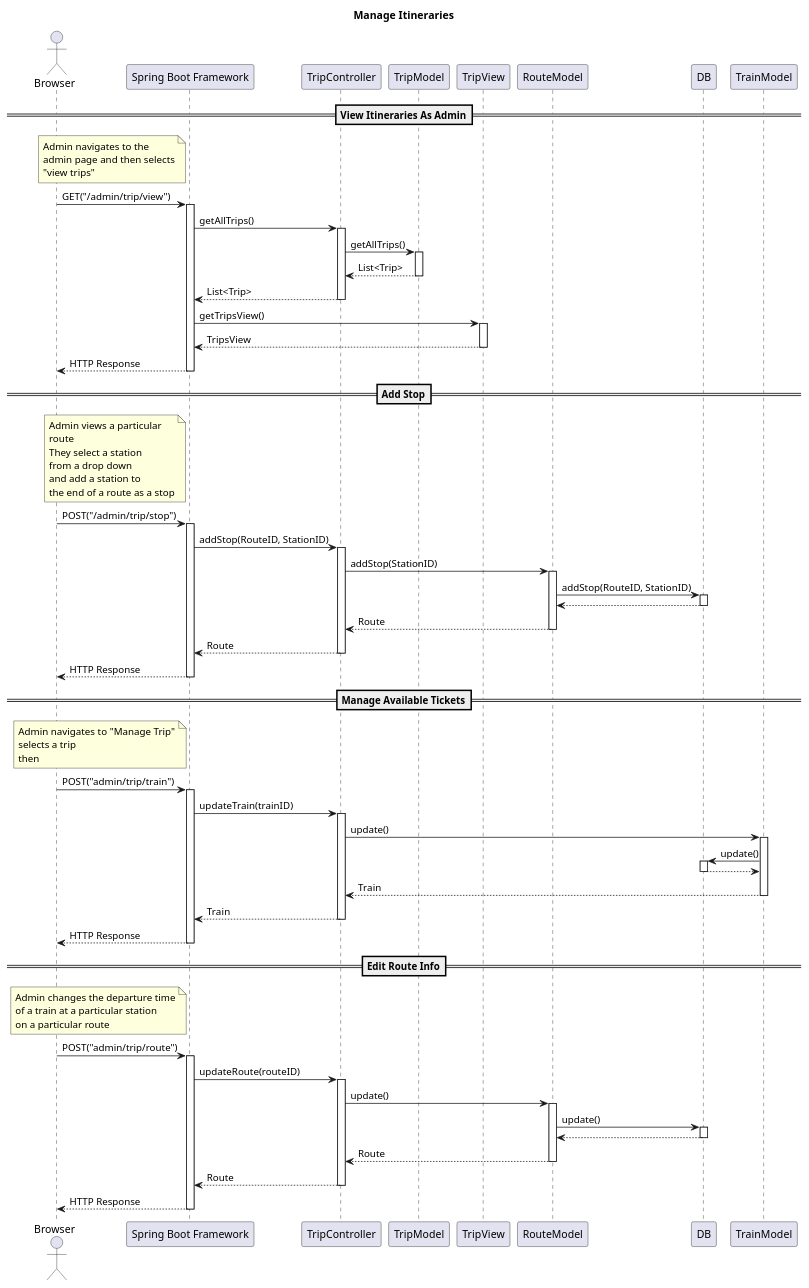
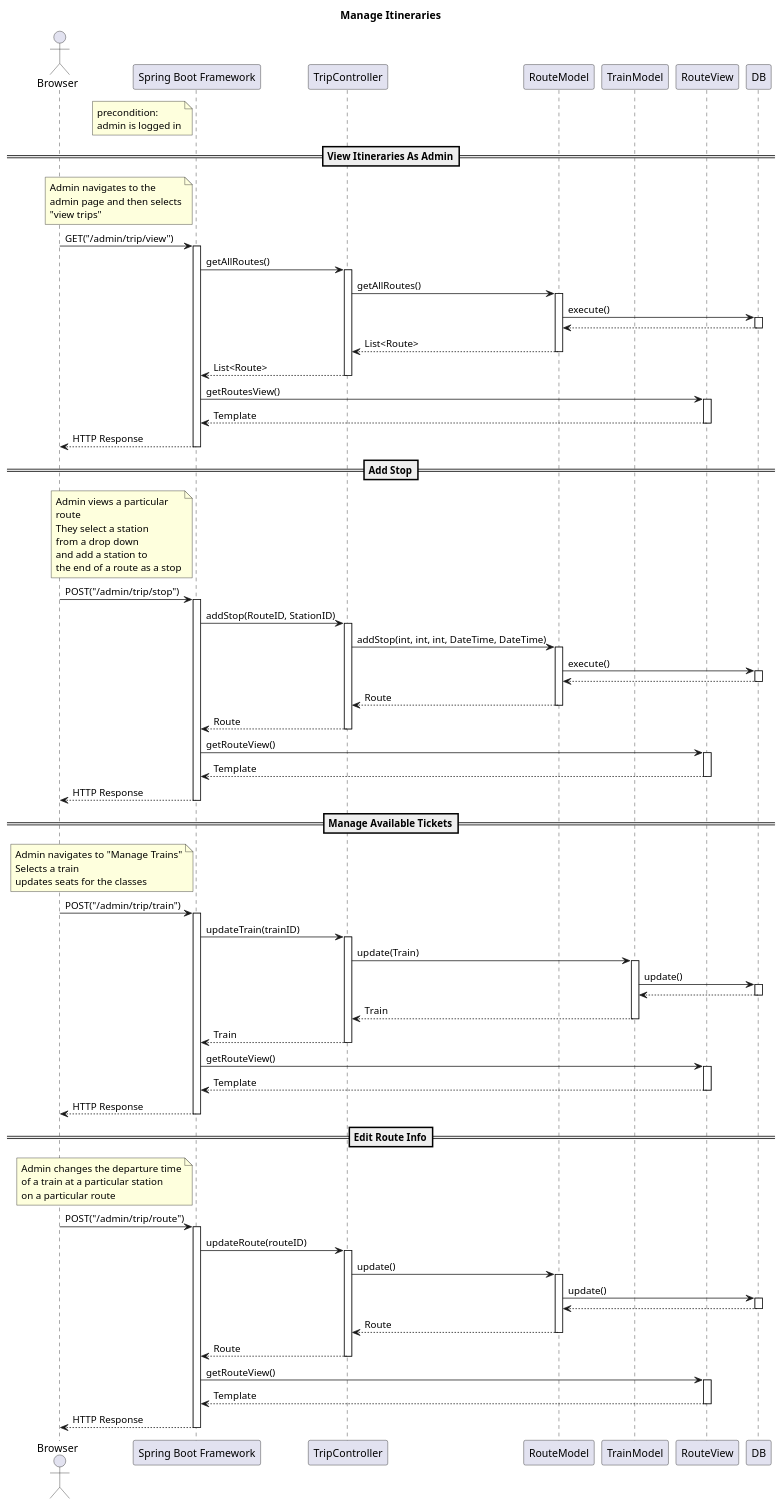
The diagram in doc/sequence/manage_itinerary.puml (Rockie156/se577-train-system), drawn with PlantUML before and after one commit. The commit also changed 1 other file, not shown here.

Commit message:
updates to manage itinerary

```diff
--- a/doc/sequence/manage_itinerary.puml
+++ b/doc/sequence/manage_itinerary.puml
@@ -1,76 +1,89 @@
 @startuml
 title Manage Itineraries
-
-' Move views and models together through order of declaration
 
 autoactivate on
 actor "Browser" as C
 participant "Spring Boot Framework" as SBF
+participant TripController
+participant RouteModel
+participant TrainModel
+participant RouteView as TripView
+participant DB
 
-' precondition: admin is logged in
+note left of SBF
+precondition:
+admin is logged in
+end note
 
 ==View Itineraries As Admin==
 note left of SBF
 Admin navigates to the
 admin page and then selects
 "view trips"
 end note
 ' Returns all trips in a view
 C -> SBF : GET("/admin/trip/view")
-SBF -> TripController : getAllTrips()
-TripController -> TripModel : getAllTrips()
-return List<Trip>
-return List<Trip>
-SBF -> TripView : getTripsView()
-return TripsView
+SBF -> TripController : getAllRoutes()
+TripController -> RouteModel : getAllRoutes()
+RouteModel -> DB: execute()
+return
+return List<Route>
+return List<Route>
+SBF -> TripView : getRoutesView()
+return Template
 return HTTP Response
 
 ==Add Stop==
 note left of SBF
 Admin views a particular
 route
 They select a station
 from a drop down
 and add a station to
 the end of a route as a stop
 end note
 C -> SBF : POST("/admin/trip/stop")
 SBF -> TripController : addStop(RouteID, StationID)
-TripController -> RouteModel : addStop(StationID)
-RouteModel -> DB : addStop(RouteID, StationID)
+TripController -> RouteModel : addStop(int, int, int, DateTime, DateTime)
+RouteModel -> DB : execute()
 return
 return Route
 return Route
+SBF -> TripView : getRouteView()
+return Template
 return HTTP Response
 
 ==Manage Available Tickets==
 note left of SBF
-Admin navigates to "Manage Trip"
-selects a trip
-then
+Admin navigates to "Manage Trains"
+Selects a train
+updates seats for the classes
 end note
-C -> SBF :POST("admin/trip/train")
+C -> SBF :POST("/admin/trip/train")
 SBF -> TripController : updateTrain(trainID)
-TripController -> TrainModel : update()
+TripController -> TrainModel : update(Train)
 TrainModel -> DB : update()
 return
 return Train
 return Train
-
+SBF -> TripView : getRouteView()
+return Template
 return HTTP Response
 
 ==Edit Route Info==
 note left of SBF
 Admin changes the departure time
 of a train at a particular station
 on a particular route
 end note
-C -> SBF : POST("admin/trip/route")
+C -> SBF : POST("/admin/trip/route")
 SBF -> TripController : updateRoute(routeID)
 TripController -> RouteModel : update()
 RouteModel -> DB : update()
 return
 return Route
 return Route
+SBF -> TripView : getRouteView()
+return Template
 return HTTP Response
 @enduml
```
